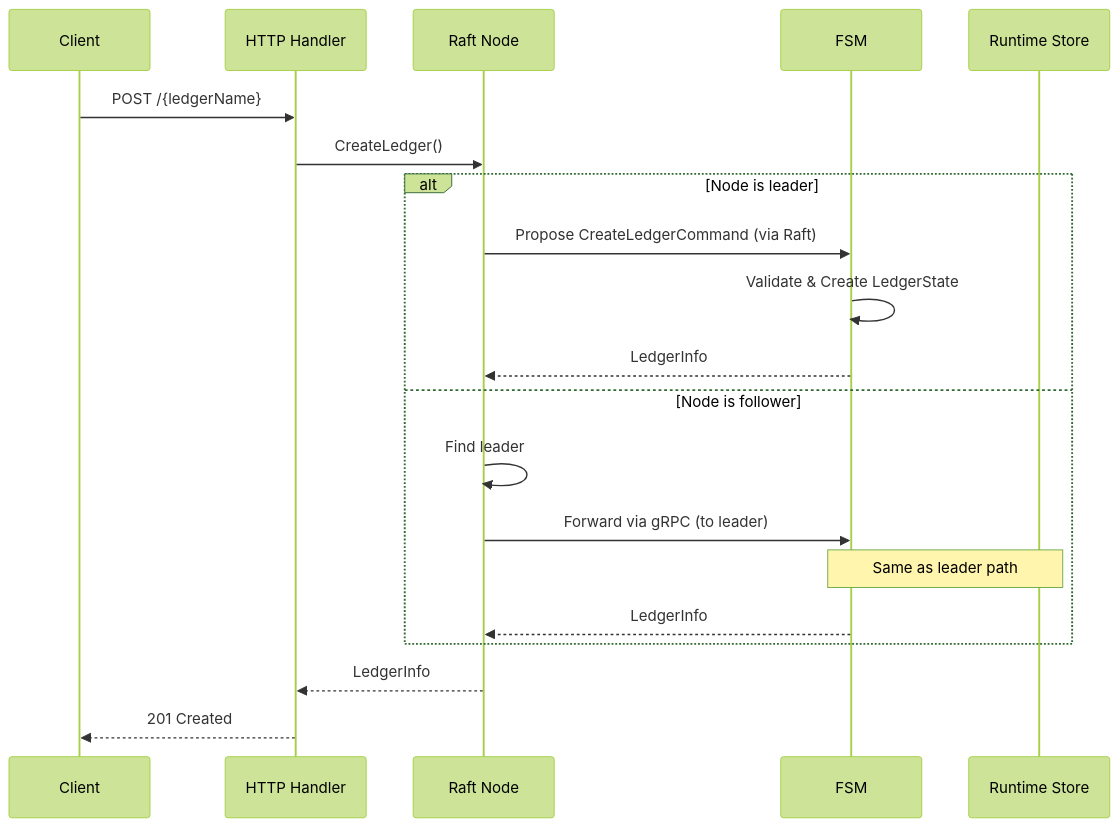
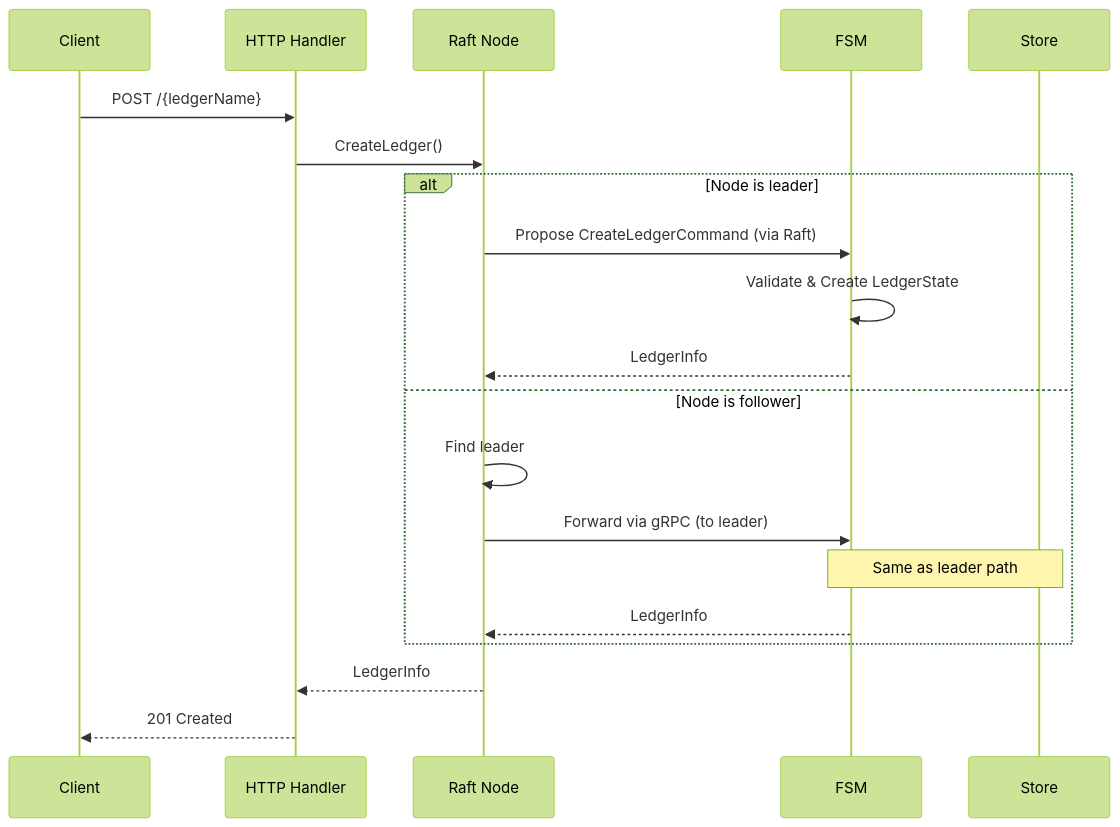
One commit to formancehq/ledger changed the fourth of 6 diagrams in docs/architecture.md. Above: the diagram before and after it, drawn with Mermaid (forest theme). The commit also changed other lines of this file and 31 other files, not shown here.

````diff
--- a/docs/architecture.md
+++ b/docs/architecture.md
@@ -175,25 +175,25 @@
 ```mermaid
 sequenceDiagram
     participant Client
     participant HTTP as HTTP Handler
     participant RaftNode as Raft Node
     participant FSM as FSM
-    participant Storage as Runtime Store
+    participant Storage as Store
     
     Client->>HTTP: POST /{ledgerName}
     HTTP->>RaftNode: CreateLedger()
     
     alt Node is leader
         RaftNode->>FSM: Propose CreateLedgerCommand (via Raft)
         FSM->>FSM: Validate & Create LedgerState
         FSM-->>RaftNode: LedgerInfo
     else Node is follower
         RaftNode->>RaftNode: Find leader
         RaftNode->>FSM: Forward via gRPC (to leader)
         Note over FSM,Storage: Same as leader path
         FSM-->>RaftNode: LedgerInfo
     end
     
     RaftNode-->>HTTP: LedgerInfo
     HTTP-->>Client: 201 Created
 ```
````
